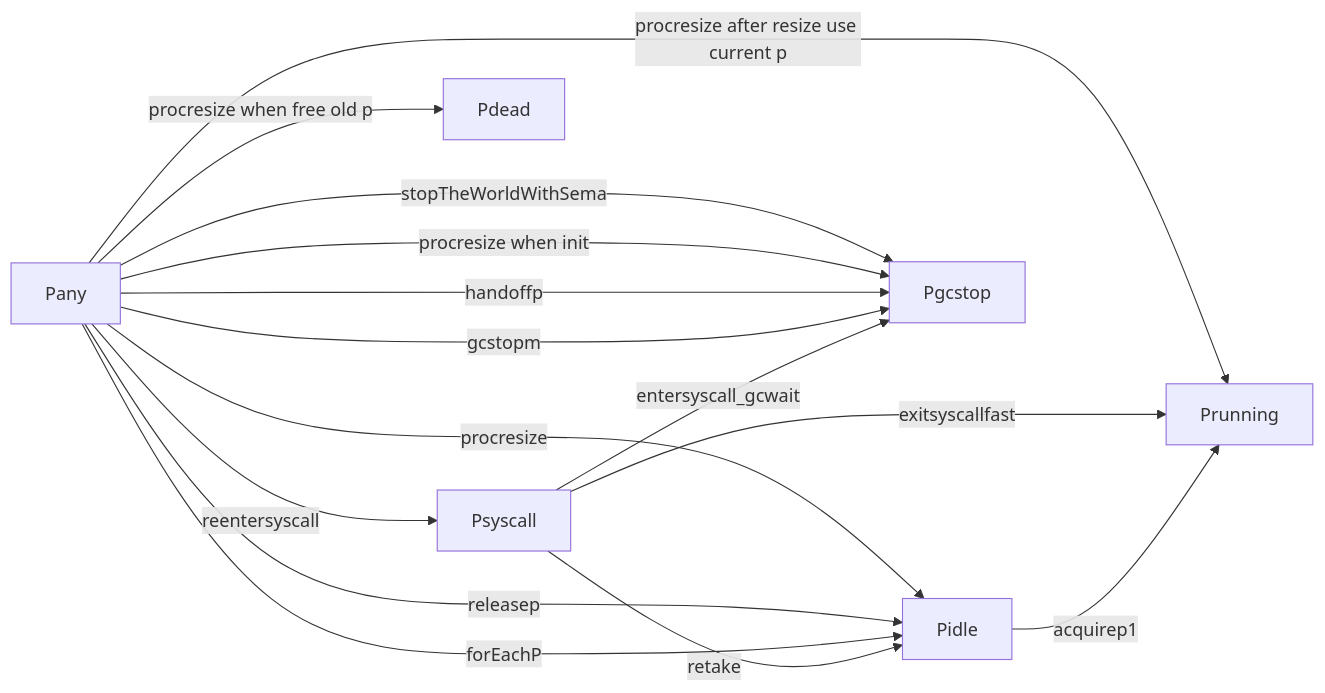
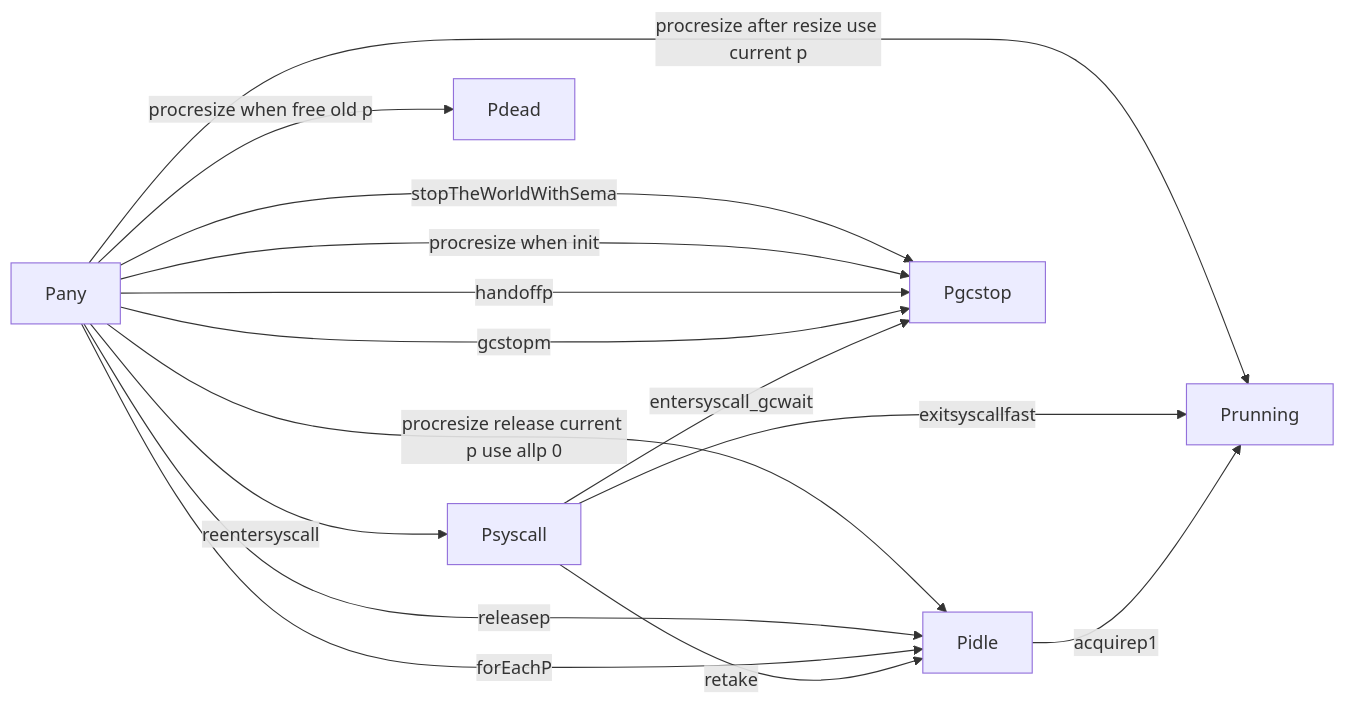
Before and after one commit to cch123/golang-notes: diagram 13 of 13 in scheduler.md, drawn with Mermaid.

````diff
--- a/scheduler.md
+++ b/scheduler.md
@@ -1521,21 +1521,21 @@
 ```mermaid
 graph LR
 
 Pidle --> |acquirep1|Prunning
 
 Psyscall --> |retake|Pidle
 Psyscall --> |entersyscall_gcwait|Pgcstop
 Psyscall --> |exitsyscallfast|Prunning
 
 Pany --> |gcstopm|Pgcstop
 Pany --> |forEachP|Pidle
 Pany --> |releasep|Pidle
 Pany --> |handoffp|Pgcstop
-Pany --> |procresize|Pidle
+Pany --> |procresize release current p use allp 0|Pidle
 Pany --> |procresize when init|Pgcstop
 Pany --> |procresize when free old p| Pdead
 Pany --> |procresize after resize use current p|Prunning
 Pany --> |reentersyscall|Psyscall
 Pany --> |stopTheWorldWithSema|Pgcstop
 
 ```
````
